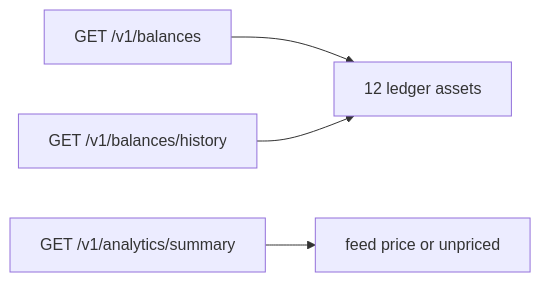
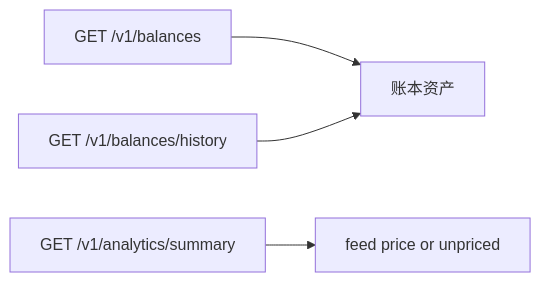
One commit to CBpayapp/cbpay-docs changed the diagram in mcp-pack/guides/zh/guides/fiat-ledger-assets.md. Above: the diagram before and after it, drawn with Mermaid. The commit also changed other lines of this file and 32 other files, not shown here.

````diff
--- a/mcp-pack/guides/zh/guides/fiat-ledger-assets.md
+++ b/mcp-pack/guides/zh/guides/fiat-ledger-assets.md
@@ -18,6 +18,6 @@
 ```mermaid
 flowchart LR
-  balances["GET /v1/balances"] --> ledger["12 ledger assets"]
+  balances["GET /v1/balances"] --> ledger["账本资产"]
   history["GET /v1/balances/history"] --> ledger
   analytics["GET /v1/analytics/summary"] --> valuation["feed price or unpriced"]
 ```
````
